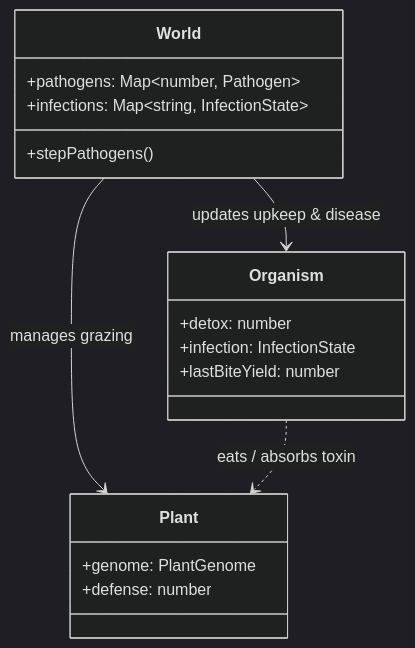
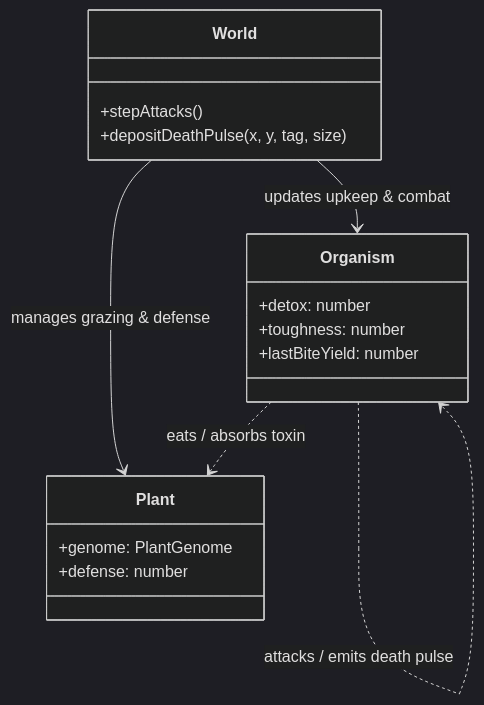
The third of 3 diagrams in docs/specs/red_queen.md (jcoleman1005/artificial-life), drawn with Mermaid (dark theme) before and after one commit. The commit also changed other lines of this file and 19 other files, not shown here.

Commit message:
feat(sim, plants): plant defense and herbivore detox coevolution (Red Queen Phase 1)

````diff
--- a/docs/specs/red_queen.md
+++ b/docs/specs/red_queen.md
@@ -136,23 +154,23 @@
 ```mermaid
 classDiagram
     class World {
-        +pathogens: Map~number, Pathogen~
-        +infections: Map~string, InfectionState~
-        +stepPathogens()
+        +stepAttacks()
+        +depositDeathPulse(x, y, tag, size)
     }
 
     class Plant {
         +genome: PlantGenome
         +defense: number
     }
 
     class Organism {
         +detox: number
-        +infection: InfectionState
+        +toughness: number
         +lastBiteYield: number
     }
 
-    World --> Plant : manages grazing
-    World --> Organism : updates upkeep & disease
+    World --> Plant : manages grazing & defense
+    World --> Organism : updates upkeep & combat
     Organism ..> Plant : eats / absorbs toxin
+    Organism ..> Organism : attacks / emits death pulse
 ```
````
